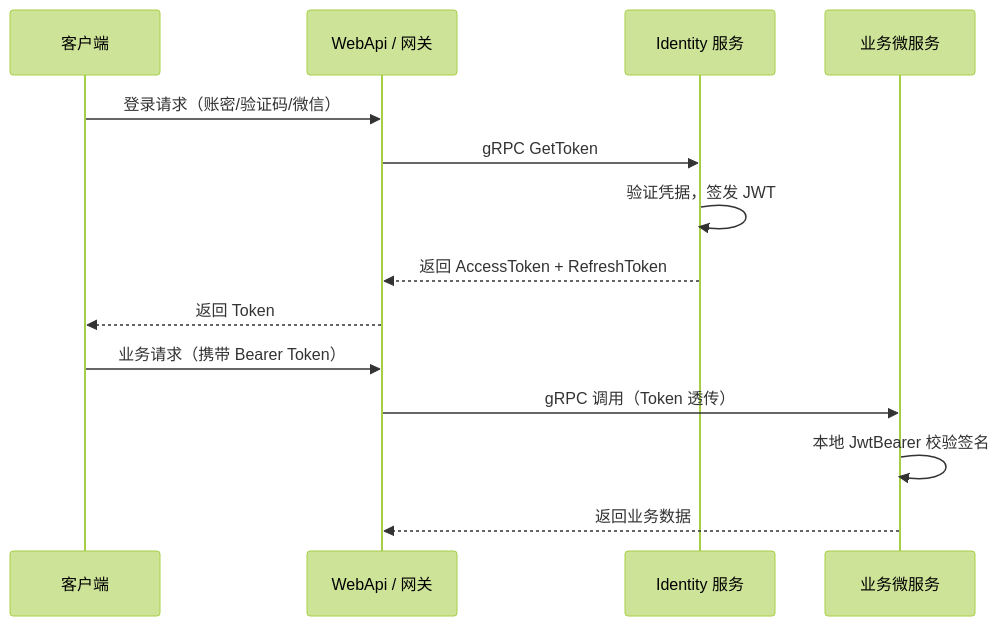
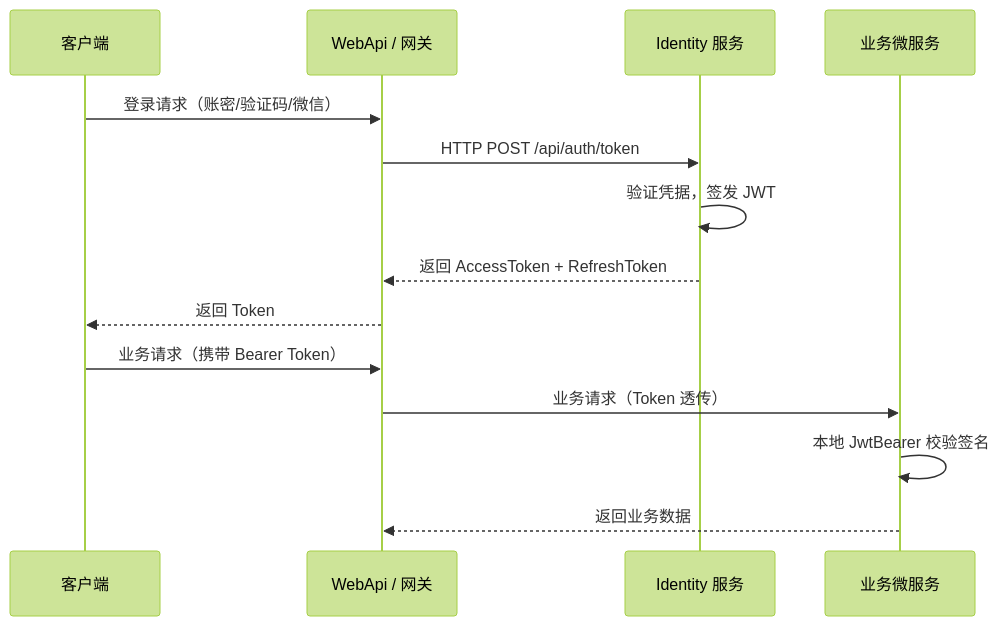
The diagram in README.md (philfanzhou/SignaCore), drawn with Mermaid (forest theme) before and after one commit. The commit also changed other lines of this file and 6 other files, not shown here.

````diff
--- a/README.md
+++ b/README.md
@@ -58,18 +58,18 @@
 ```mermaid
 sequenceDiagram
     participant Client as 客户端
     participant Gateway as WebApi / 网关
     participant Auth as Identity 服务
     participant Service as 业务微服务
 
     Client->>Gateway: 登录请求（账密/验证码/微信）
-    Gateway->>Auth: gRPC GetToken
+    Gateway->>Auth: HTTP POST /api/auth/token
     Auth->>Auth: 验证凭据，签发 JWT
     Auth-->>Gateway: 返回 AccessToken + RefreshToken
     Gateway-->>Client: 返回 Token
 
     Client->>Gateway: 业务请求（携带 Bearer Token）
-    Gateway->>Service: gRPC 调用（Token 透传）
+    Gateway->>Service: 业务请求（Token 透传）
     Service->>Service: 本地 JwtBearer 校验签名
     Service-->>Gateway: 返回业务数据
 ```
````
